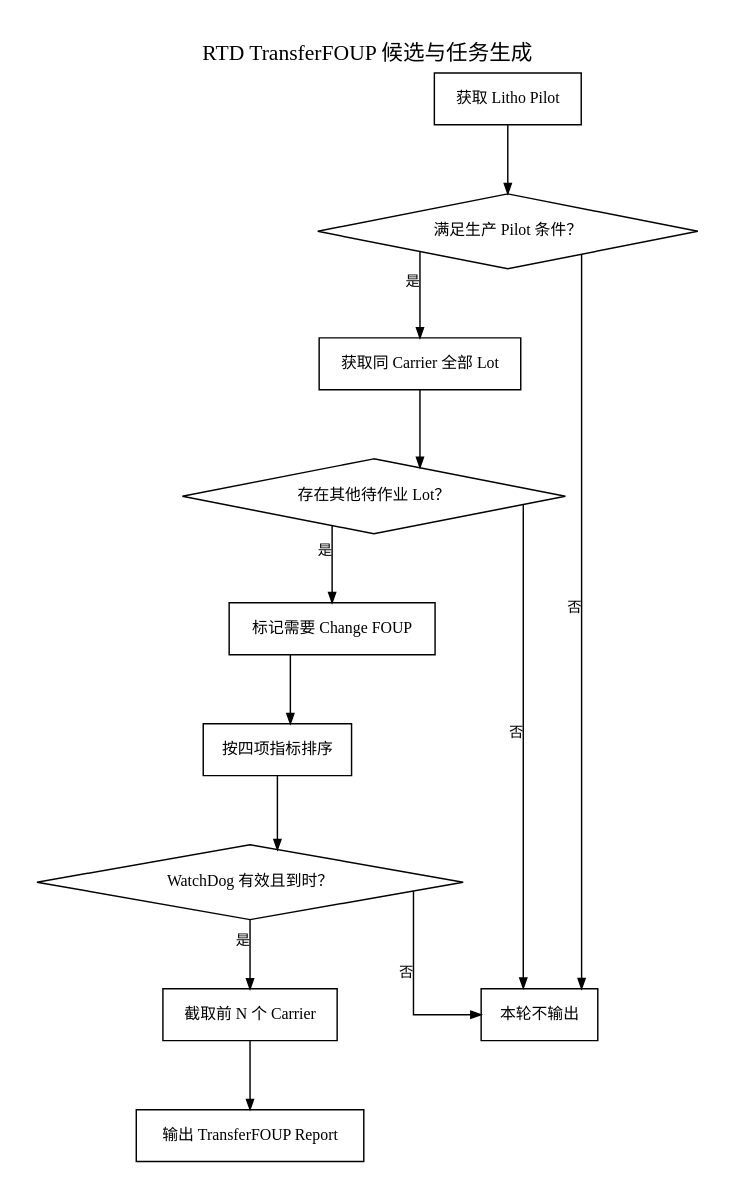
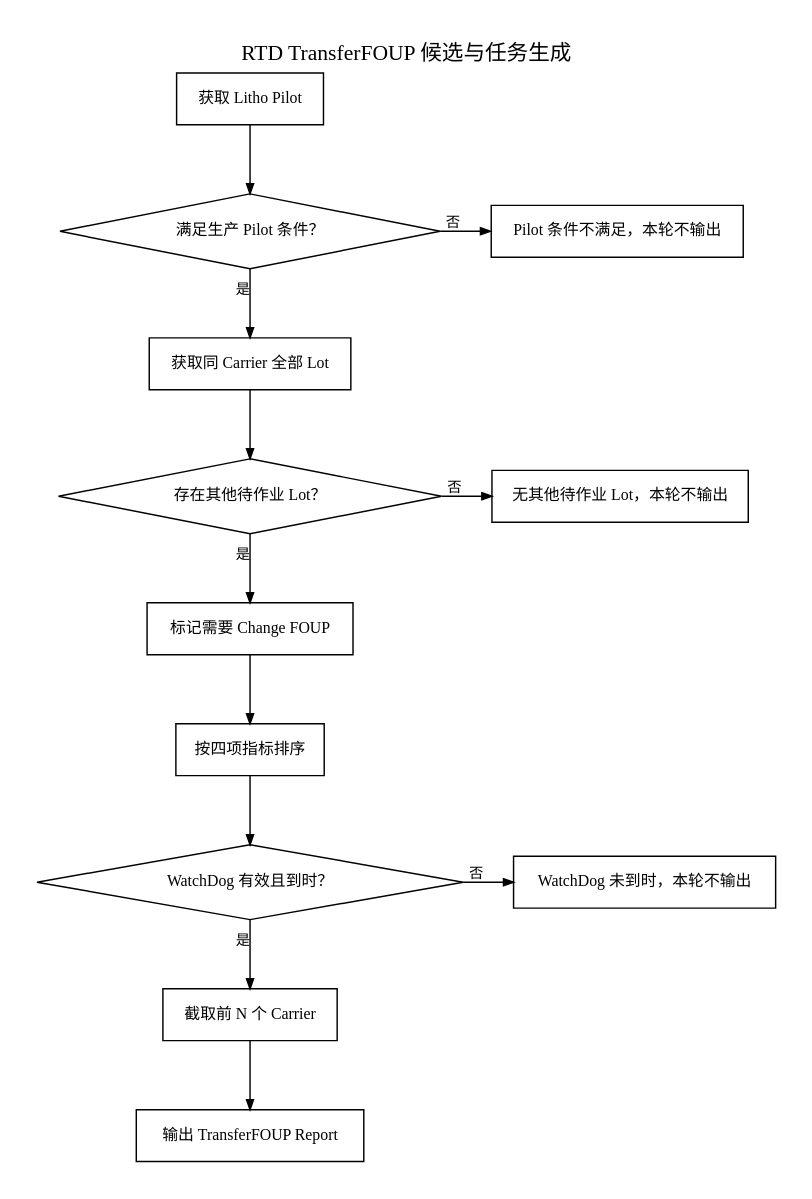
One commit to laanthony06-spec/AI changed the diagram in 00.raw-materials/90.processed/LithoAutoPiRun/流程图/Graphviz优化版/03_RTD_TransferFOUP候选与任务生成.dot. Above: the diagram before and after it, drawn with Graphviz. The commit also changed 42 other files, not shown here.

```diff
--- a/00.raw-materials/90.processed/LithoAutoPiRun/流程图/Graphviz优化版/03_RTD_TransferFOUP候选与任务生成.dot
+++ b/00.raw-materials/90.processed/LithoAutoPiRun/流程图/Graphviz优化版/03_RTD_TransferFOUP候选与任务生成.dot
@@ -1,53 +1,59 @@
 digraph RTDTransferFoupReport {
   graph [
     charset="UTF-8",
     rankdir=TB,
     splines=ortho,
     bgcolor="white",
     pad=0.25,
     nodesep=0.48,
     ranksep=0.66,
     fontname="Microsoft YaHei",
     fontsize=15,
     labelloc="t",
     label="RTD TransferFOUP 候选与任务生成"
   ];
   node [
     shape=box,
     style="solid",
     color="black",
     fontcolor="black",
     fontname="Microsoft YaHei",
     fontsize=11,
     margin="0.16,0.10"
   ];
   edge [
     color="black",
     fontcolor="black",
     fontname="Microsoft YaHei",
     fontsize=10,
     arrowsize=0.7
   ];
 
   start [label="获取 Litho Pilot"];
   pilot_filter [shape=diamond, label="满足生产 Pilot 条件？"];
   carrier [label="获取同 Carrier 全部 Lot"];
   other [shape=diamond, label="存在其他待作业 Lot？"];
   change [label="标记需要 Change FOUP"];
   sort [label="按四项指标排序"];
   trigger [shape=diamond, label="WatchDog 有效且到时？"];
   take [label="截取前 N 个 Carrier"];
   output [label="输出 TransferFOUP Report"];
-  reject [label="本轮不输出"];
+  reject_pilot [label="Pilot 条件不满足，本轮不输出"];
+  reject_other [label="无其他待作业 Lot，本轮不输出"];
+  reject_trigger [label="WatchDog 未到时，本轮不输出"];
 
-  start -> pilot_filter;
-  pilot_filter -> reject [xlabel="否"];
-  pilot_filter -> carrier [xlabel="是"];
-  carrier -> other;
-  other -> reject [xlabel="否"];
-  other -> change [xlabel="是"];
-  change -> sort -> trigger;
-  trigger -> reject [xlabel="否"];
-  trigger -> take [xlabel="是"];
-  take -> output;
+  start:s -> pilot_filter:n;
+  { rank=same; pilot_filter; reject_pilot; }
+  pilot_filter:e -> reject_pilot:w [xlabel="否", constraint=false];
+  pilot_filter:s -> carrier:n [xlabel="是"];
+  carrier:s -> other:n;
+  { rank=same; other; reject_other; }
+  other:e -> reject_other:w [xlabel="否", constraint=false];
+  other:s -> change:n [xlabel="是"];
+  change:s -> sort:n;
+  sort:s -> trigger:n;
+  { rank=same; trigger; reject_trigger; }
+  trigger:e -> reject_trigger:w [xlabel="否", constraint=false];
+  trigger:s -> take:n [xlabel="是"];
+  take:s -> output:n;
 }
```
